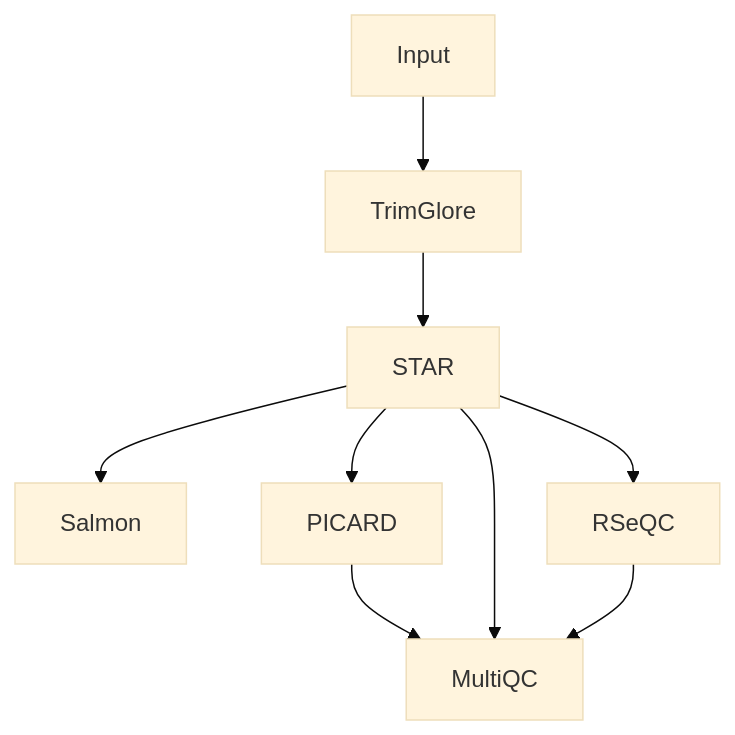
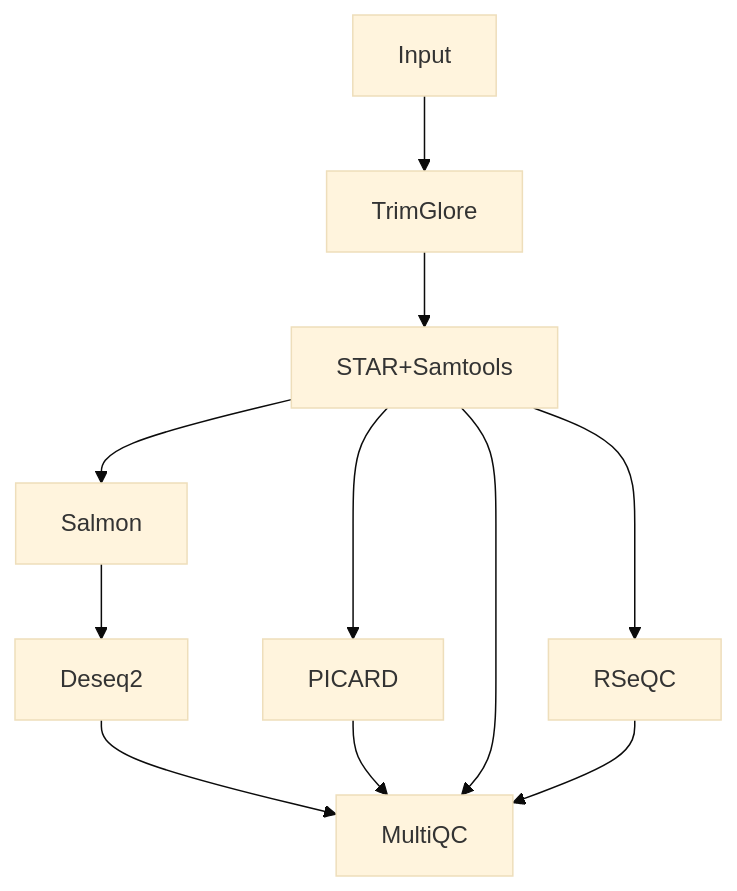
One commit to yxiangSG/nf_testdata changed the second of 2 diagrams in README.md. Above: the diagram before and after it, drawn with Mermaid (base theme).

````diff
--- a/README.md
+++ b/README.md
@@ -16,11 +16,13 @@
 ```mermaid
 graph TD;
   Input-->TrimGlore;
-  TrimGlore--> STAR;
-  STAR-->Salmon;
-  STAR-->PICARD;
+  TrimGlore--> STAR+Samtools;
+  STAR+Samtools-->Salmon;
+  Salmon-->Deseq2;
+  Deseq2-->MultiQC;
+  STAR+Samtools-->PICARD;
   PICARD-->MultiQC;
-  STAR-->MultiQC;
-  STAR-->RSeQC;
+  STAR+Samtools-->MultiQC;
+  STAR+Samtools-->RSeQC;
   RSeQC-->MultiQC;
 ```
````
